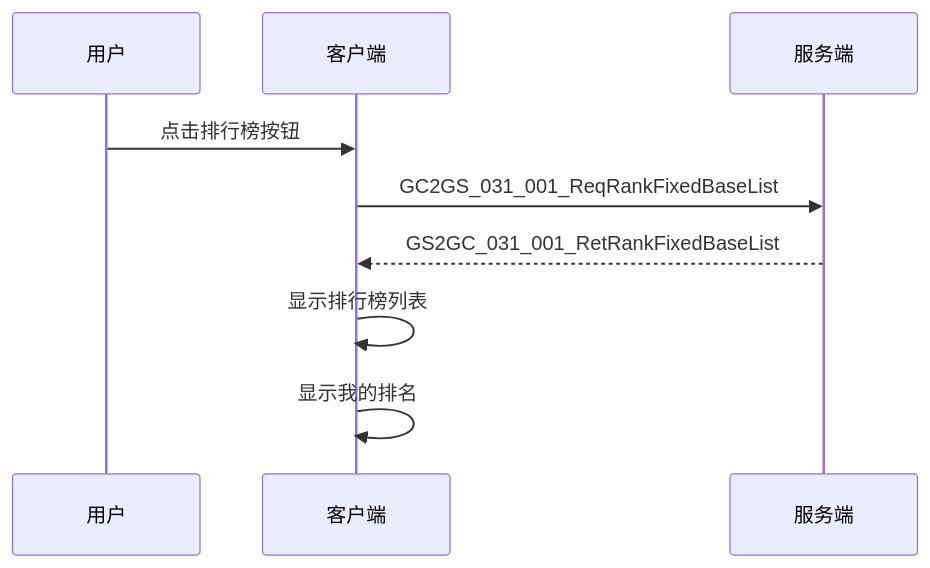
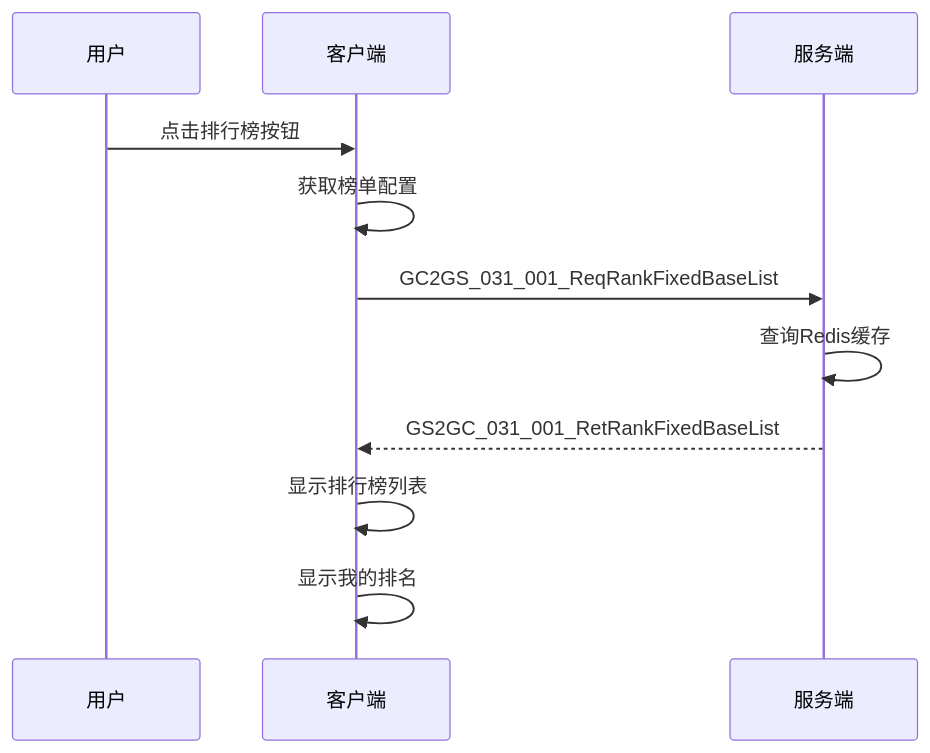
The third of 7 diagrams in docs/Module_Rank/02_协议文档.md (Alan-Ben/k2c_game_framework), drawn with Mermaid before and after one commit. The commit also changed other lines of this file and 10 other files, not shown here.

Commit message:
docs: 完善 Consort/Mail/Rank 模块文档 - mermaid图、代码示例、完整字段列表

````diff
--- a/docs/Module_Rank/02_协议文档.md
+++ b/docs/Module_Rank/02_协议文档.md
@@ -557,12 +825,14 @@
 ```mermaid
 sequenceDiagram
     participant U as 用户
     participant C as 客户端
     participant S as 服务端
 
     U->>C: 点击排行榜按钮
+    C->>C: 获取榜单配置
     C->>S: GC2GS_031_001_ReqRankFixedBaseList
+    S->>S: 查询Redis缓存
     S-->>C: GS2GC_031_001_RetRankFixedBaseList
     C->>C: 显示排行榜列表
     C->>C: 显示我的排名
 ```
````
